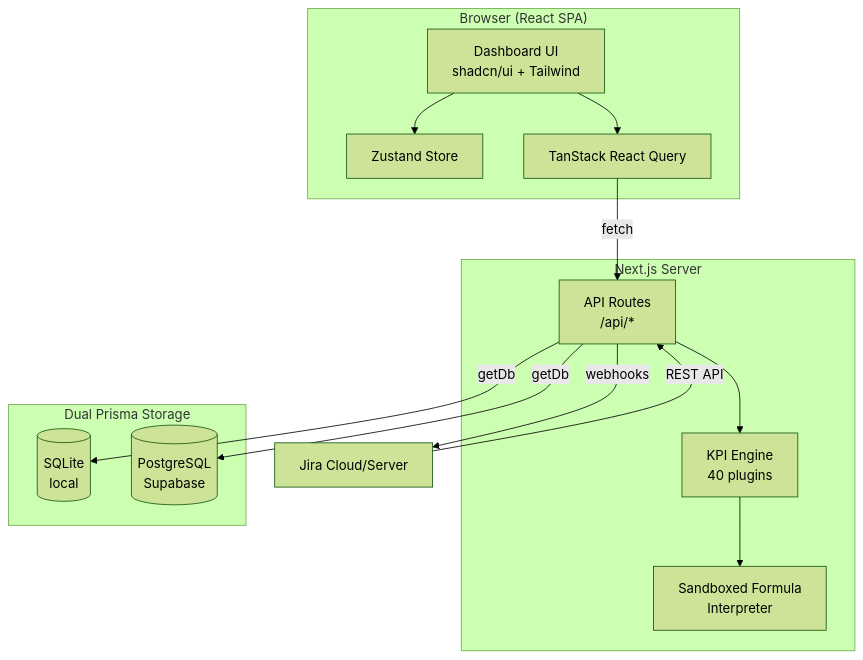
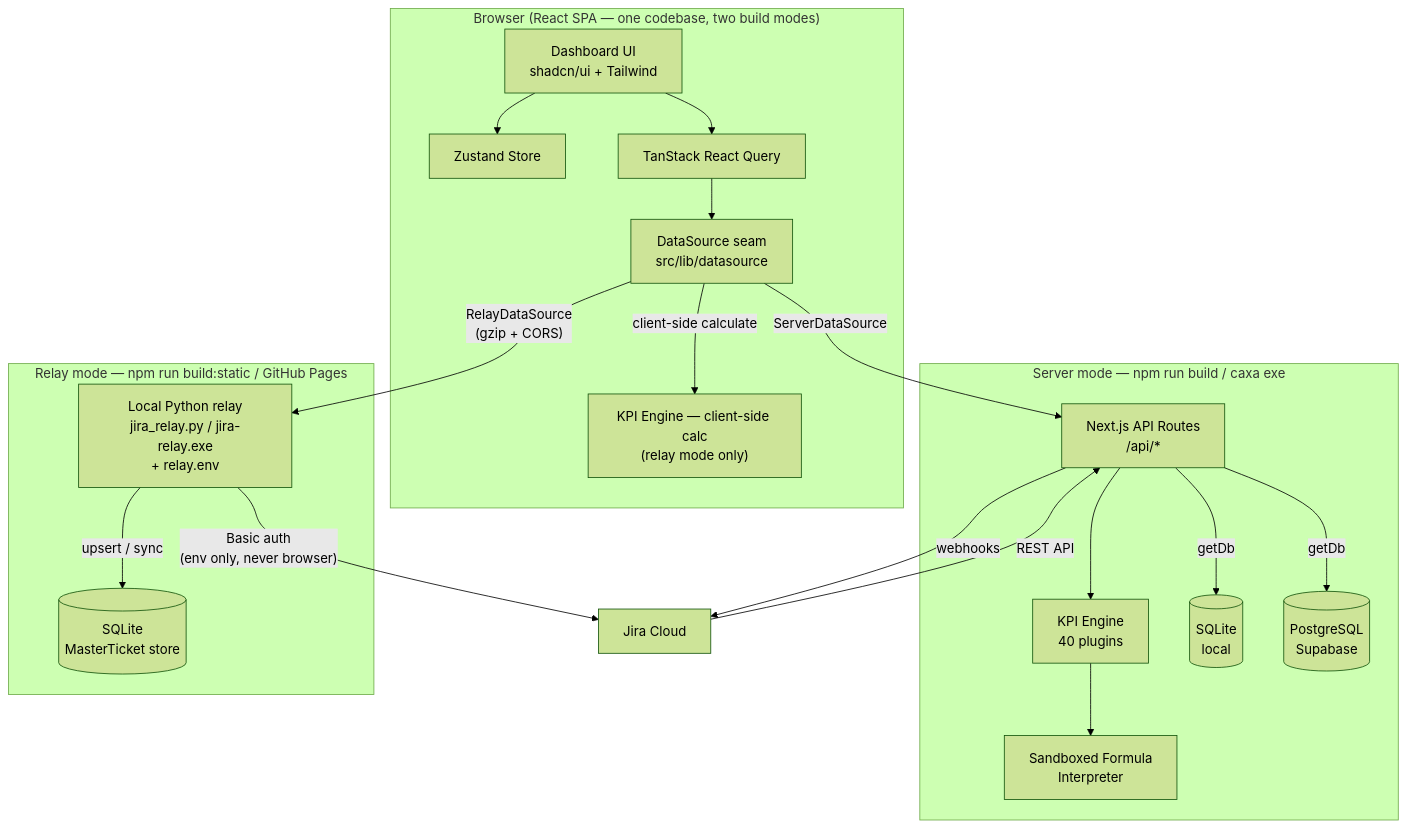
One commit to CJ-1981/jira-etl-dashboard changed the first of 4 diagrams in README.md. Above: the diagram before and after it, drawn with Mermaid (forest theme). The commit also changed other lines of this file and 41 other files, not shown here.

Commit message:
feat: dual-mode static GitHub Pages build with local Python relay

````diff
--- a/README.md
+++ b/README.md
@@ -228,31 +231,40 @@
 ```mermaid
 graph TB
-    subgraph Browser["Browser (React SPA)"]
-        UI[Dashboard UI<br/>shadcn/ui + Tailwind]
-        Store[Zustand Store]
-        RQ[TanStack React Query]
+    subgraph Browser["Browser (React SPA — one codebase, two build modes)"]
+        UI["Dashboard UI<br/>shadcn/ui + Tailwind"]
+        Store["Zustand Store"]
+        RQ["TanStack React Query"]
+        DS["DataSource seam<br/>src/lib/datasource"]
+        CEng["KPI Engine — client-side calc<br/>(relay mode only)"]
     end
 
-    subgraph NextJS["Next.js Server"]
-        API[API Routes<br/>/api/*]
-        Engine[KPI Engine<br/>40 plugins]
-        Sandbox[Sandboxed Formula<br/>Interpreter]
+    subgraph ServerMode["Server mode — npm run build / caxa exe"]
+        API["Next.js API Routes<br/>/api/*"]
+        SEng["KPI Engine<br/>40 plugins"]
+        Sandbox["Sandboxed Formula<br/>Interpreter"]
+        SQLite[("SQLite<br/>local")]
+        PG[("PostgreSQL<br/>Supabase")]
     end
 
-    subgraph Storage["Dual Prisma Storage"]
-        SQLite[(SQLite<br/>local)]
-        PG[(PostgreSQL<br/>Supabase)]
+    subgraph RelayMode["Relay mode — npm run build:static / GitHub Pages"]
+        Relay["Local Python relay<br/>jira_relay.py / jira-relay.exe<br/>+ relay.env"]
+        RDB[("SQLite<br/>MasterTicket store")]
     end
 
-    Jira[Jira Cloud/Server]
+    Jira["Jira Cloud"]
 
     UI --> Store
     UI --> RQ
-    RQ -->|fetch| API
-    API --> Engine
-    Engine --> Sandbox
-    API -->|getDb| SQLite
-    API -->|getDb| PG
-    Jira -->|REST API| API
-    API -->|webhooks| Jira
+    RQ --> DS
+    DS -- "ServerDataSource" --> API
+    DS -- "RelayDataSource<br/>(gzip + CORS)" --> Relay
+    DS -- "client-side calculate" --> CEng
+    API --> SEng
+    SEng --> Sandbox
+    API -- "getDb" --> SQLite
+    API -- "getDb" --> PG
+    Relay -- "upsert / sync" --> RDB
+    Relay -- "Basic auth<br/>(env only, never browser)" --> Jira
+    Jira -- "REST API" --> API
+    API -- "webhooks" --> Jira
 ```
````
